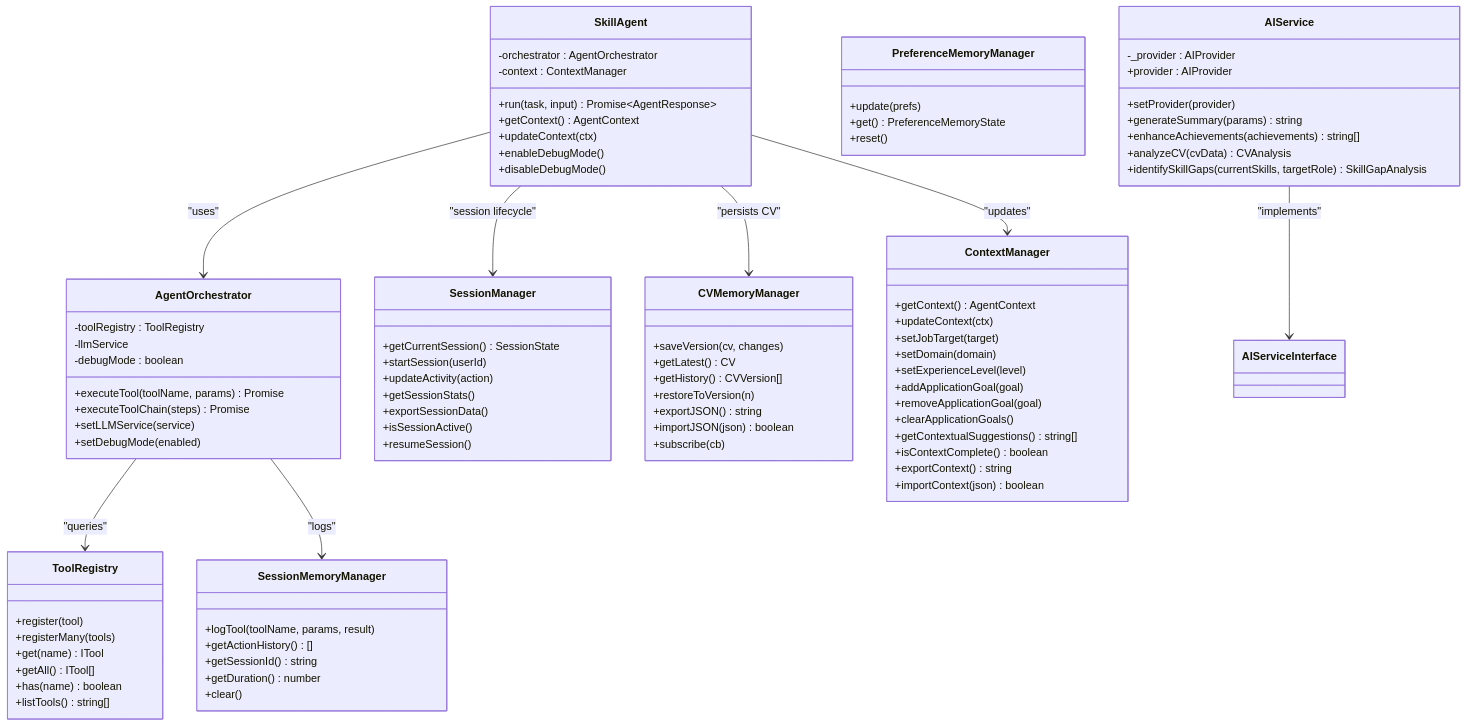
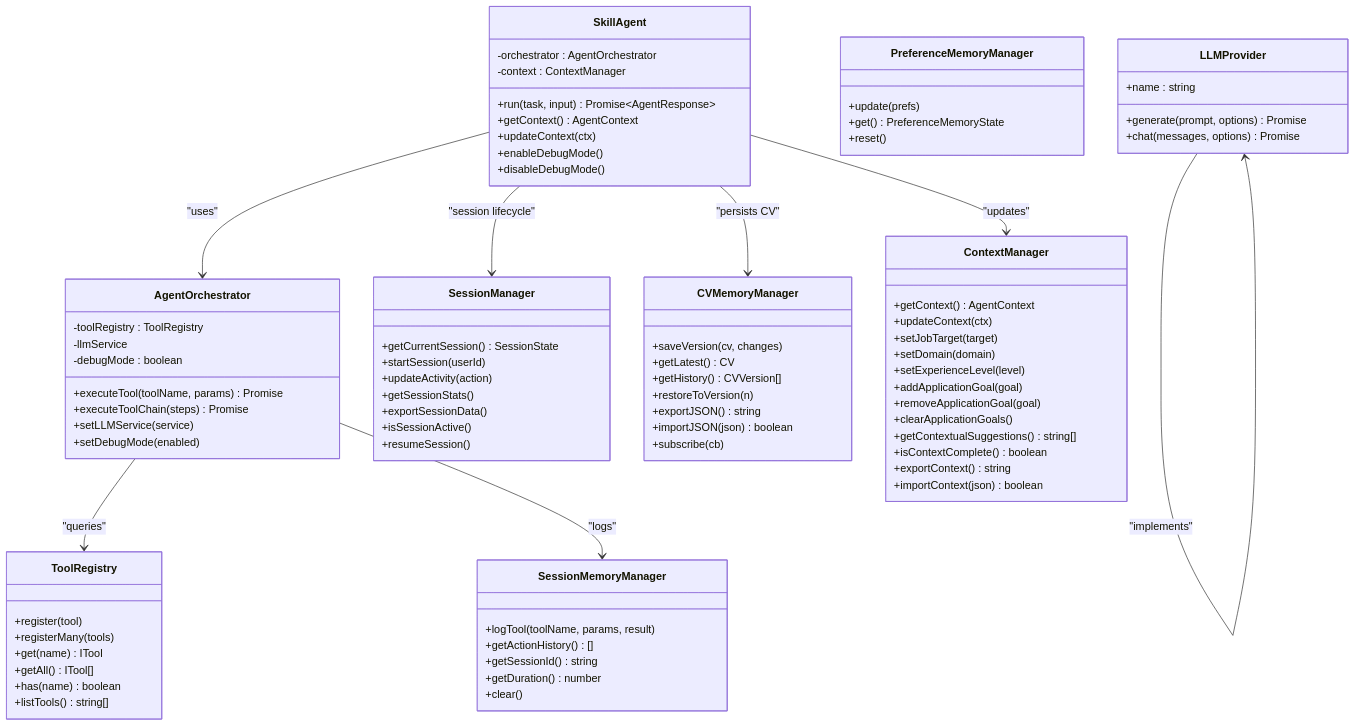
Before and after one commit to DoVuDung/cv-portfolio-builder: the second of 9 diagrams in .qoder/repowiki/en/content/AI Agent System.md, drawn with Mermaid. The commit also changed other lines of this file and 26 other files, not shown here.

First line of the commit message:
docs(agent): update AI Agent System with MCP tool architecture and CV Builder integration

````diff
--- a/.qoder/repowiki/en/content/AI Agent System.md
+++ b/.qoder/repowiki/en/content/AI Agent System.md
@@ -206,14 +220,10 @@
 +exportContext() string
 +importContext(json) boolean
 }
-class AIService {
--_provider : AIProvider
-+provider : AIProvider
-+setProvider(provider)
-+generateSummary(params) string
-+enhanceAchievements(achievements) string[]
-+analyzeCV(cvData) CVAnalysis
-+identifySkillGaps(currentSkills, targetRole) SkillGapAnalysis
+class LLMProvider {
++name : string
++generate(prompt, options) Promise
++chat(messages, options) Promise
 }
 SkillAgent --> AgentOrchestrator : "uses"
 AgentOrchestrator --> ToolRegistry : "queries"
@@ -221,5 +231,5 @@
 SkillAgent --> ContextManager : "updates"
 SkillAgent --> CVMemoryManager : "persists CV"
 SkillAgent --> SessionManager : "session lifecycle"
-AIService --> AIServiceInterface : "implements"
+LLMProvider --> LLMProvider : "implements"
 ```
````
